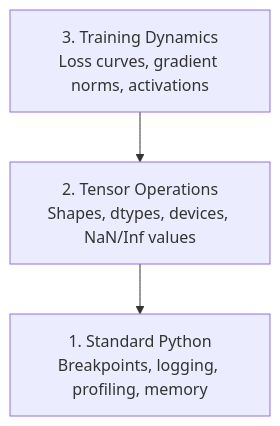
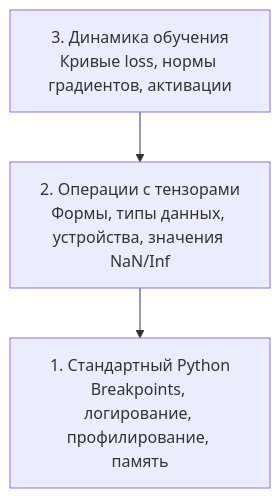
One commit to stabuev/ai-engineering-from-scratch changed the diagram in phases/00-setup-and-tooling/12-debugging-and-profiling/docs/ru.md. Above: the diagram before and after it, drawn with Mermaid. The commit also changed other lines of this file and 5 other files, not shown here.

````diff
--- a/phases/00-setup-and-tooling/12-debugging-and-profiling/docs/ru.md
+++ b/phases/00-setup-and-tooling/12-debugging-and-profiling/docs/ru.md
@@ -27,6 +27,6 @@
 ```mermaid
 graph TD
-    L3["3. Training Dynamics<br/>Loss curves, gradient norms, activations"] --> L2
-    L2["2. Tensor Operations<br/>Shapes, dtypes, devices, NaN/Inf values"] --> L1
-    L1["1. Standard Python<br/>Breakpoints, logging, profiling, memory"]
+    L3["3. Динамика обучения<br/>Кривые loss, нормы градиентов, активации"] --> L2
+    L2["2. Операции с тензорами<br/>Формы, типы данных, устройства, значения NaN/Inf"] --> L1
+    L1["1. Стандартный Python<br/>Breakpoints, логирование, профилирование, память"]
 ```
````
